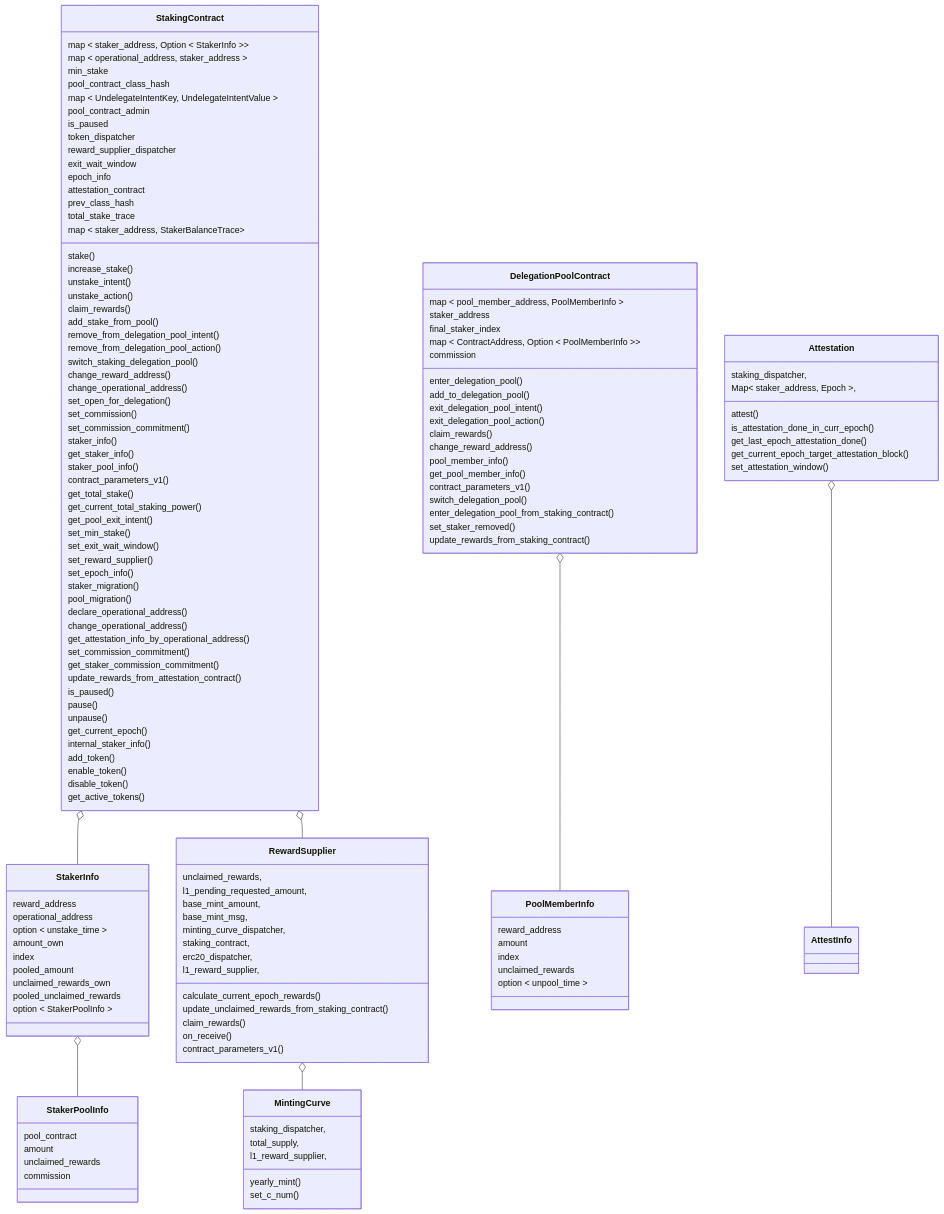
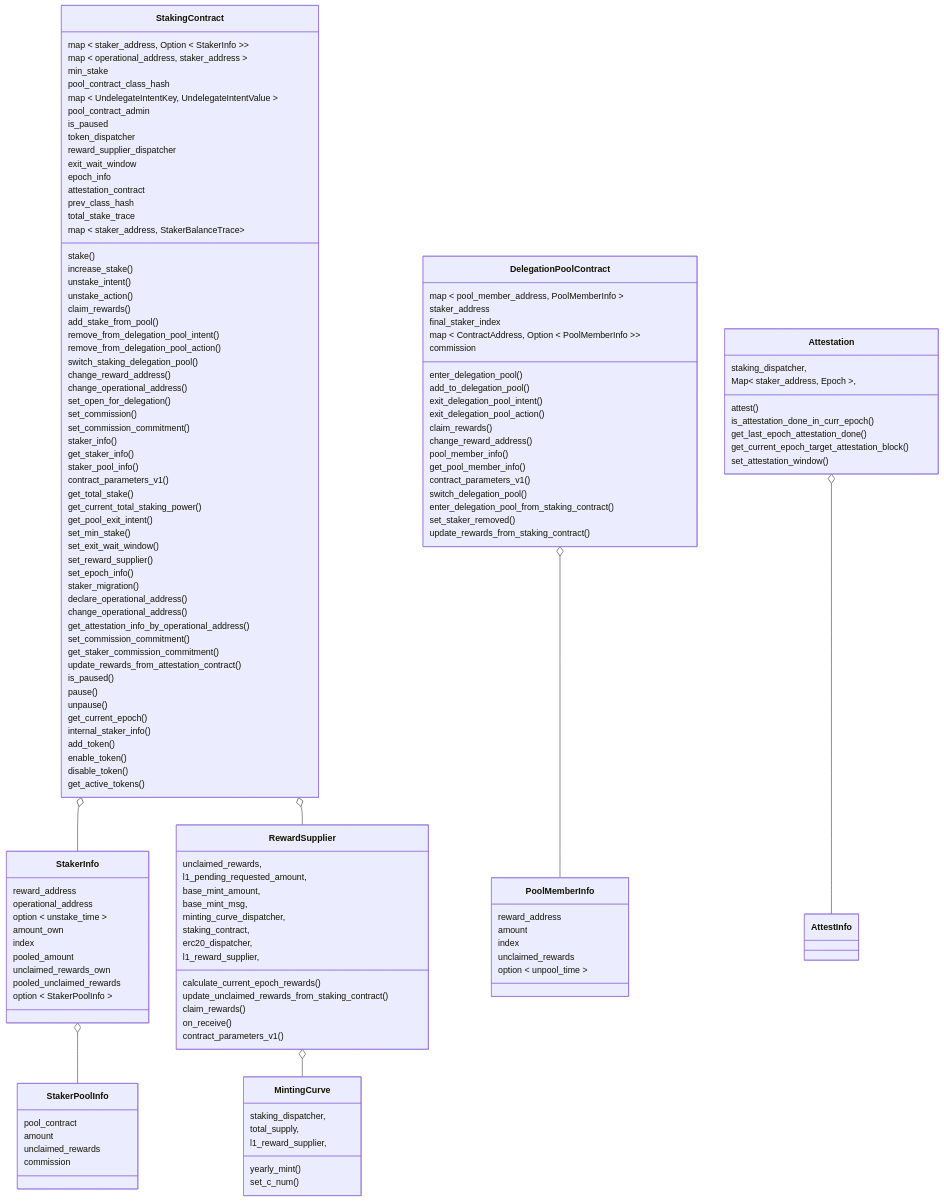
Before and after one commit to starkware-libs/starknet-staking: the first of 8 diagrams in workspace/apps/staking/docs/spec.md, drawn with Mermaid. The commit also changed other lines of this file and 1 other file, not shown here.

Commit message:
chore(staking): delete pool_migration from spec and tests (#4501)

```diff
--- a/workspace/apps/staking/docs/spec.md
+++ b/workspace/apps/staking/docs/spec.md
@@ -289,7 +288,6 @@
     set_reward_supplier()
     set_epoch_info()
     staker_migration()
-    pool_migration()
     declare_operational_address()
     change_operational_address()
     get_attestation_info_by_operational_address()
```
